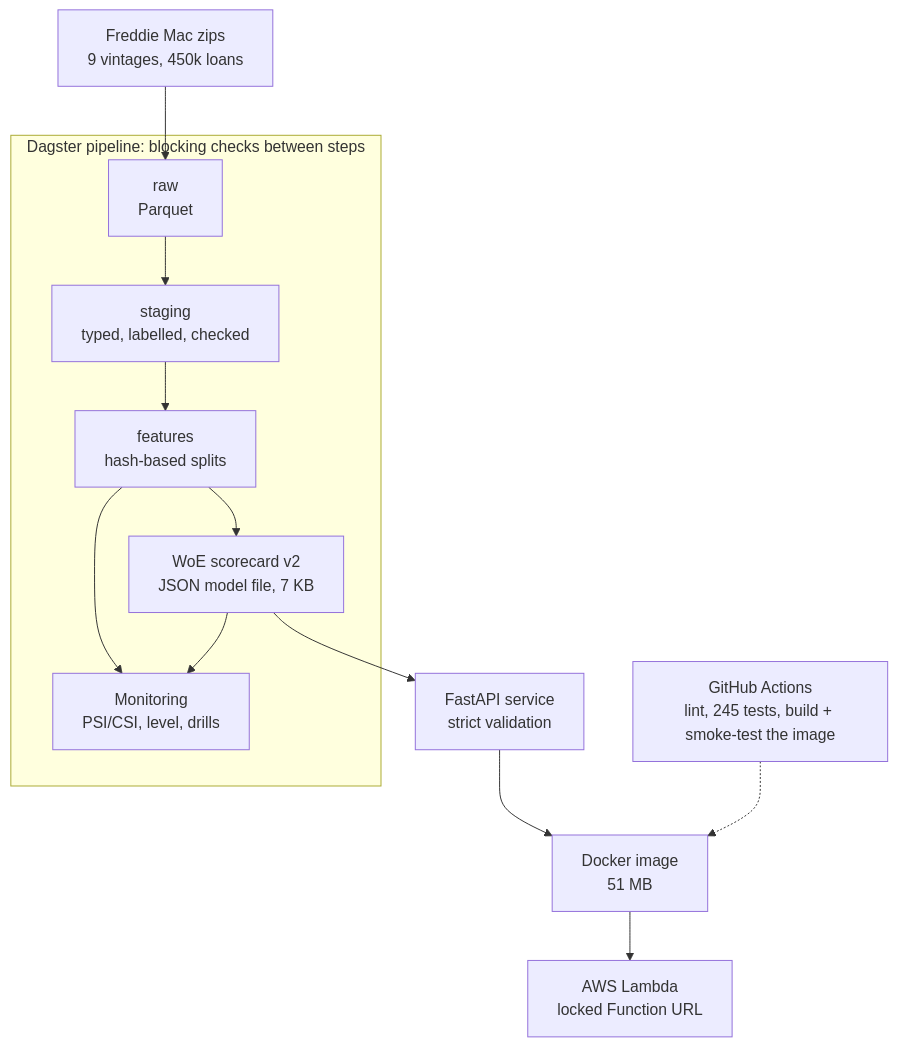
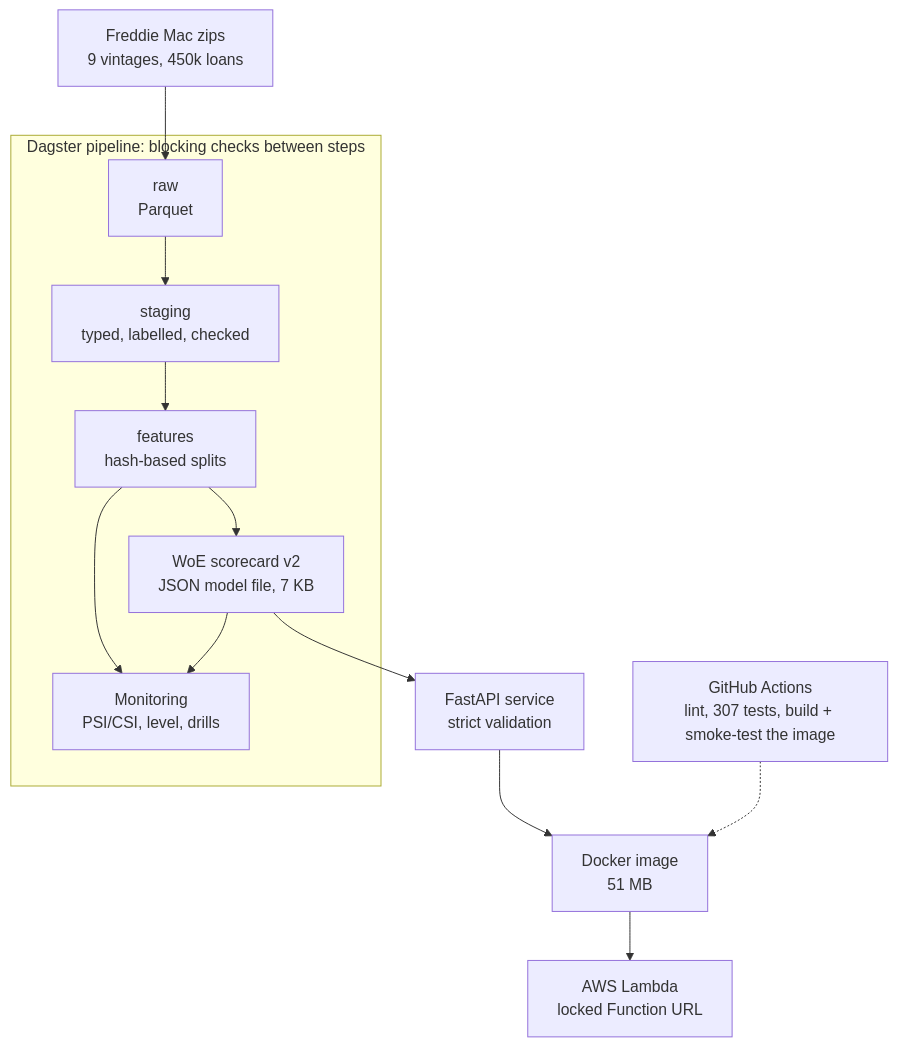
The diagram in README.md (Aymannel04/credit-risk-platform), drawn with Mermaid before and after one commit. The commit also changed other lines of this file and 4 other files, not shown here.

````diff
--- a/README.md
+++ b/README.md
@@ -31,20 +31,20 @@
 ```mermaid
 flowchart TB
     Z["Freddie Mac zips<br/>9 vintages, 450k loans"] --> R["raw<br/>Parquet"]
     R --> S["staging<br/>typed, labelled, checked"]
     S --> F["features<br/>hash-based splits"]
     F --> M["WoE scorecard v2<br/>JSON model file, 7 KB"]
     M --> API["FastAPI service<br/>strict validation"]
     API --> IMG["Docker image<br/>51 MB"]
     IMG --> L["AWS Lambda<br/>locked Function URL"]
     F --> MON["Monitoring<br/>PSI/CSI, level, drills"]
     M --> MON
     subgraph D["Dagster pipeline: blocking checks between steps"]
       R
       S
       F
       M
       MON
     end
-    CI["GitHub Actions<br/>lint, 245 tests, build + smoke-test the image"] -.-> IMG
+    CI["GitHub Actions<br/>lint, 307 tests, build + smoke-test the image"] -.-> IMG
 ```
````
